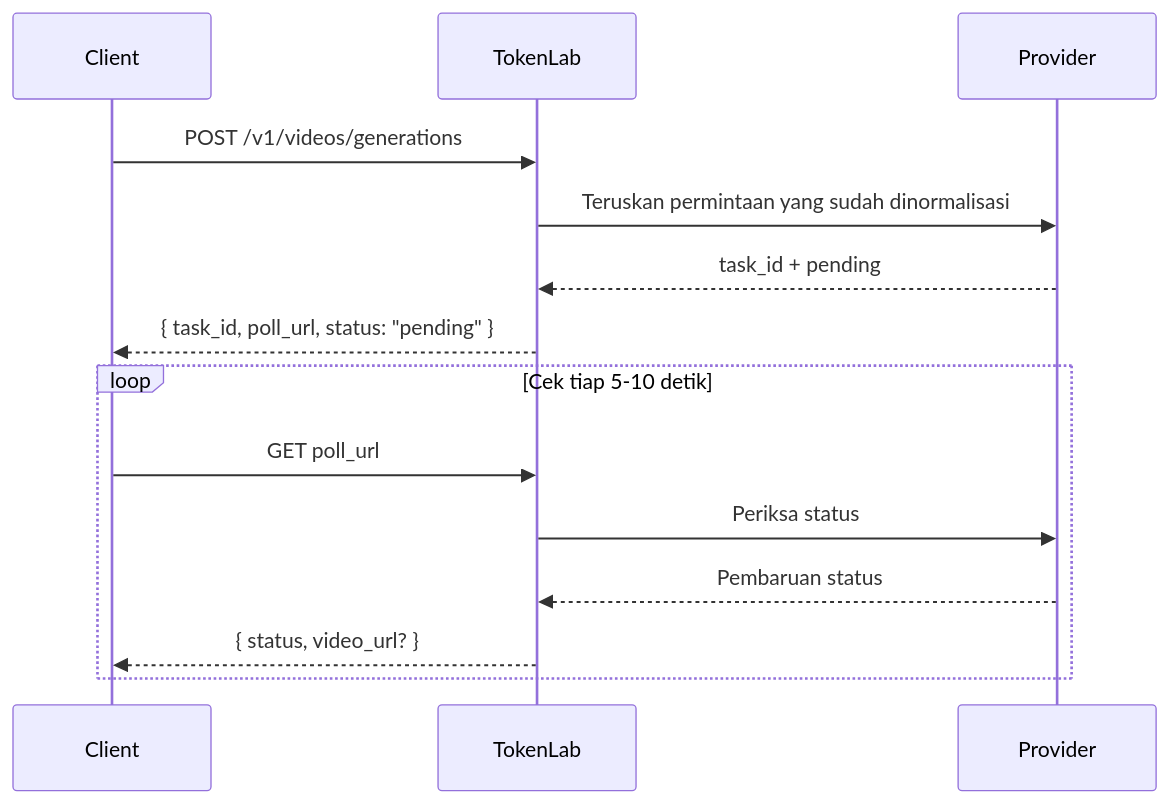
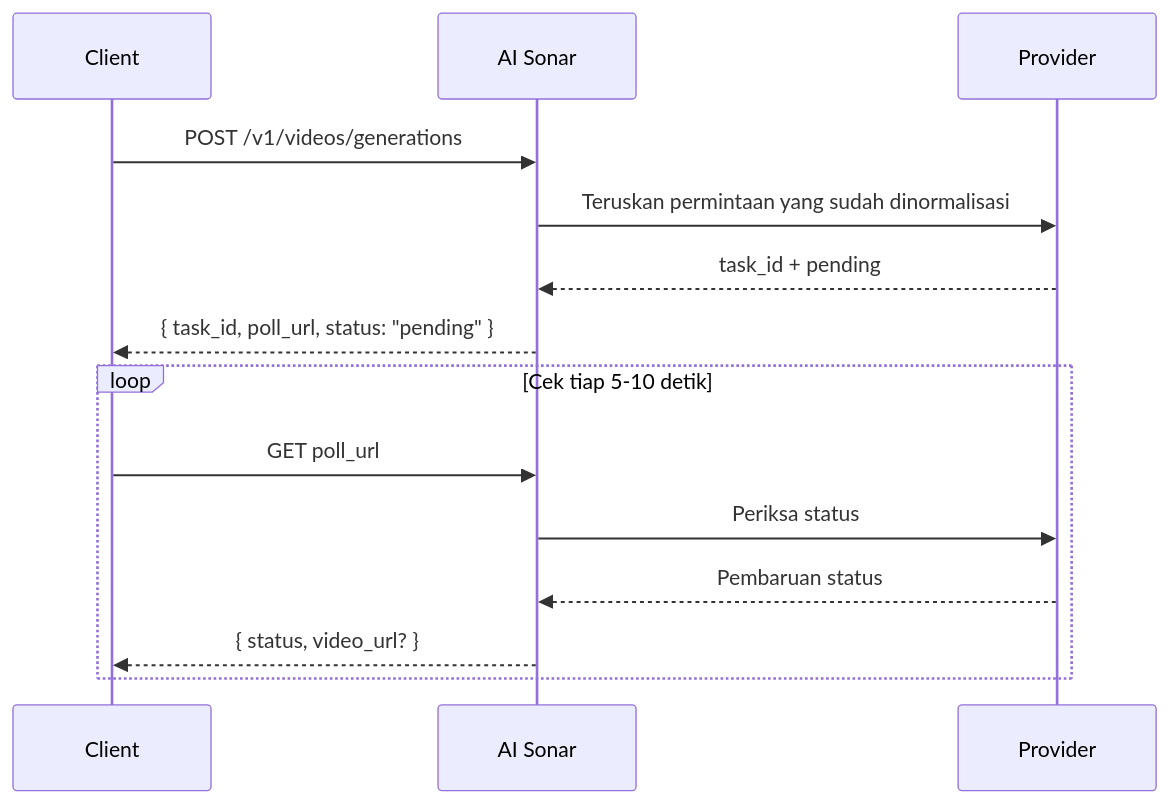
Before and after one commit to hedging8563/aisonar-docs: the diagram in id/guides/video-generation.mdx, drawn with Mermaid. The commit also changed other lines of this file and 1036 other files, not shown here.

````diff
--- a/id/guides/video-generation.mdx
+++ b/id/guides/video-generation.mdx
@@ -24,18 +24,18 @@
 ```mermaid
 sequenceDiagram
     participant Client
-    participant TokenLab
+    participant AI Sonar
     participant Provider
 
-    Client->>TokenLab: POST /v1/videos/generations
-    TokenLab->>Provider: Teruskan permintaan yang sudah dinormalisasi
-    Provider-->>TokenLab: task_id + pending
-    TokenLab-->>Client: { task_id, poll_url, status: "pending" }
+    Client->>AI Sonar: POST /v1/videos/generations
+    AI Sonar->>Provider: Teruskan permintaan yang sudah dinormalisasi
+    Provider-->>AI Sonar: task_id + pending
+    AI Sonar-->>Client: { task_id, poll_url, status: "pending" }
 
     loop Cek tiap 5-10 detik
-        Client->>TokenLab: GET poll_url
-        TokenLab->>Provider: Periksa status
-        Provider-->>TokenLab: Pembaruan status
-        TokenLab-->>Client: { status, video_url? }
+        Client->>AI Sonar: GET poll_url
+        AI Sonar->>Provider: Periksa status
+        Provider-->>AI Sonar: Pembaruan status
+        AI Sonar-->>Client: { status, video_url? }
     end
 ```
````
